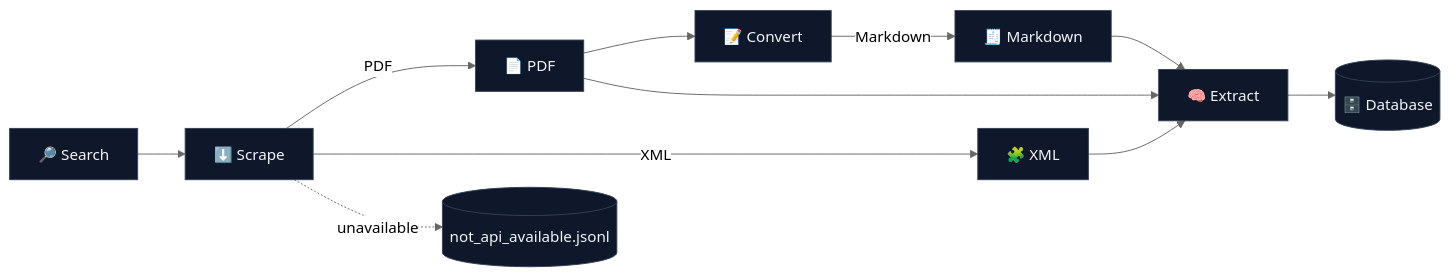
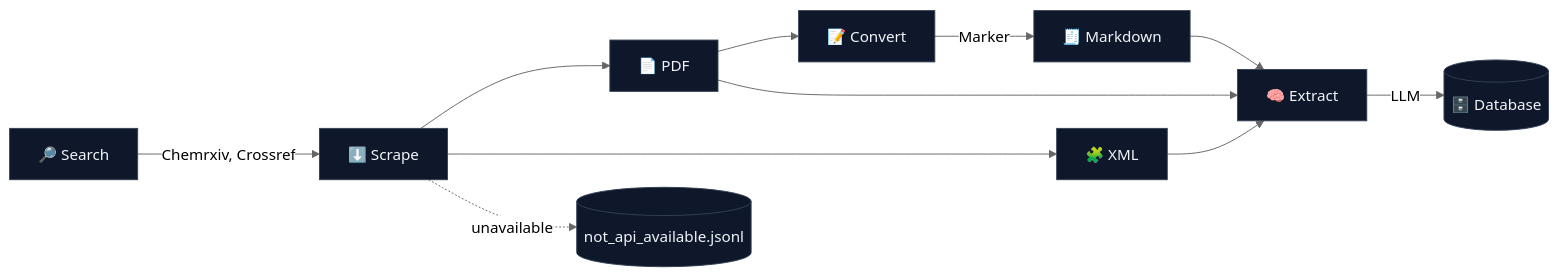
The diagram in README.md (MatthiasGolomb/SciPubCrawl), drawn with Mermaid before and after one commit.

````diff
--- a/README.md
+++ b/README.md
@@ -12,27 +12,27 @@
 ```mermaid
 %%{init: { 'theme': 'neutral', 'themeVariables': { 'primaryColor': '#1e293b', 'primaryBorderColor':'#334155', 'primaryTextColor':'#f1f5f9', 'fontFamily': 'Inter, system-ui, sans-serif' } } }%%
 flowchart LR
-  A[🔎 Search] --> B[⬇️ Scrape]
+  A[🔎 Search] --> |Chemrxiv, Crossref| B[⬇️ Scrape]
 
   %% Split artifacts produced by scraping
-  B -->|PDF| P[📄 PDF]
-  B -->|XML| X[🧩 XML]
+  B --> P[📄 PDF]
+  B --> X[🧩 XML]
 
   %% Only PDF goes to Convert
   P --> C[📝 Convert]
-  C -->|Markdown| M[🧾 Markdown]
+  C -->|Marker| M[🧾 Markdown]
 
   %% Both XML and PDF feed into Extract (Markdown from Convert; PDFs can be used directly when suitable)
   M --> D[🧠 Extract]
   X --> D
   P --> D
 
   %% Final destination
-  D --> DB[(🗄️ Database)]
+  D --> |LLM| DB[(🗄️ Database)]
 
   %% Info side node
   B -. unavailable .-> B2[(not_api_available.jsonl)]
 
   classDef node fill:#0f172a,stroke:#334155,color:#f1f5f9;
   class A,B,P,X,C,M,D,DB,B2 node;
 ```
````
